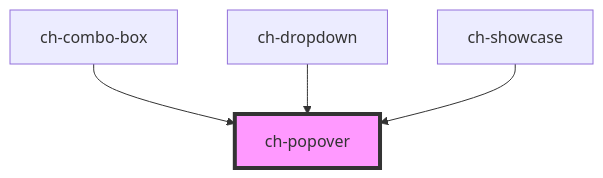
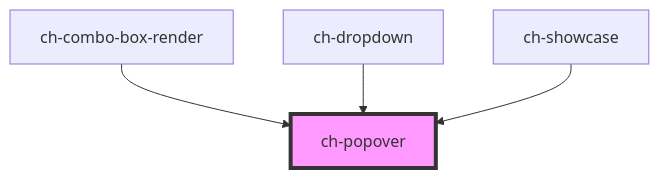
The diagram in src/components/popover/readme.md (genexuslabs/chameleon-controls-library), drawn with Mermaid before and after one commit. The commit also changed other lines of this file and 8 other files, not shown here.

First line of the commit message:
Rename the "ch-combo-box" control to "ch-combo-box-render"

````diff
--- a/src/components/popover/readme.md
+++ b/src/components/popover/readme.md
@@ -69,7 +69,7 @@
 ```mermaid
 graph TD;
-  ch-combo-box --> ch-popover
+  ch-combo-box-render --> ch-popover
   ch-dropdown --> ch-popover
   ch-showcase --> ch-popover
   style ch-popover fill:#f9f,stroke:#333,stroke-width:4px
 ```
````
